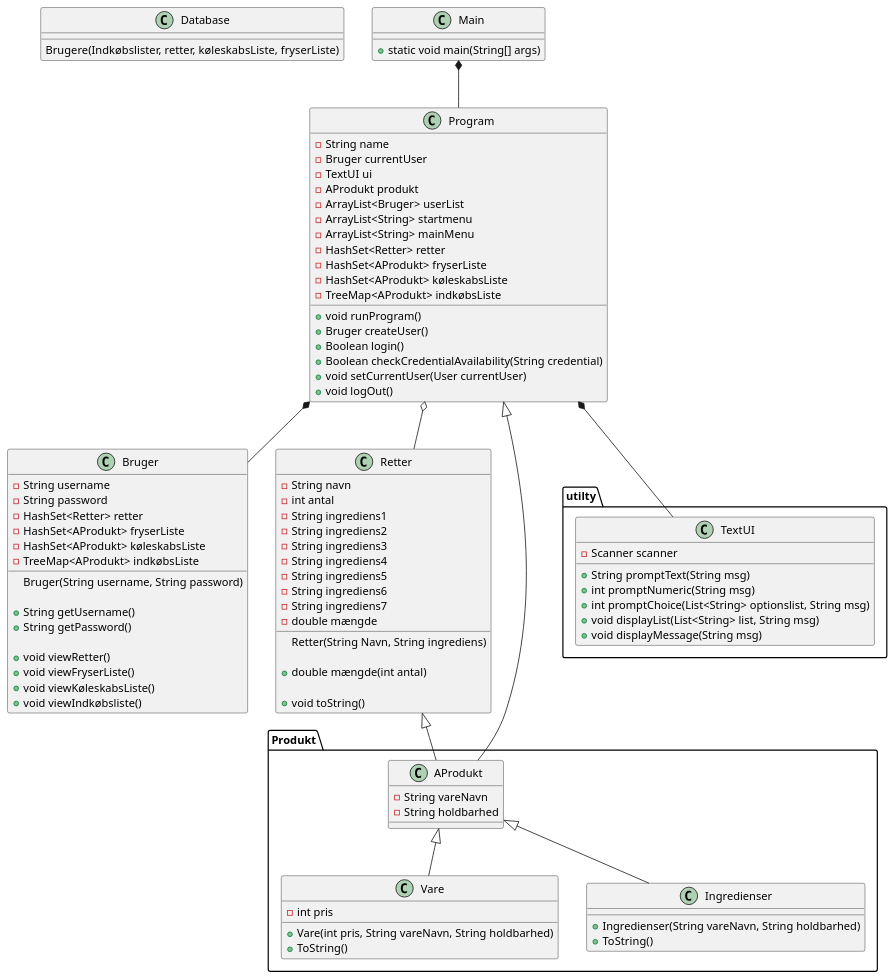
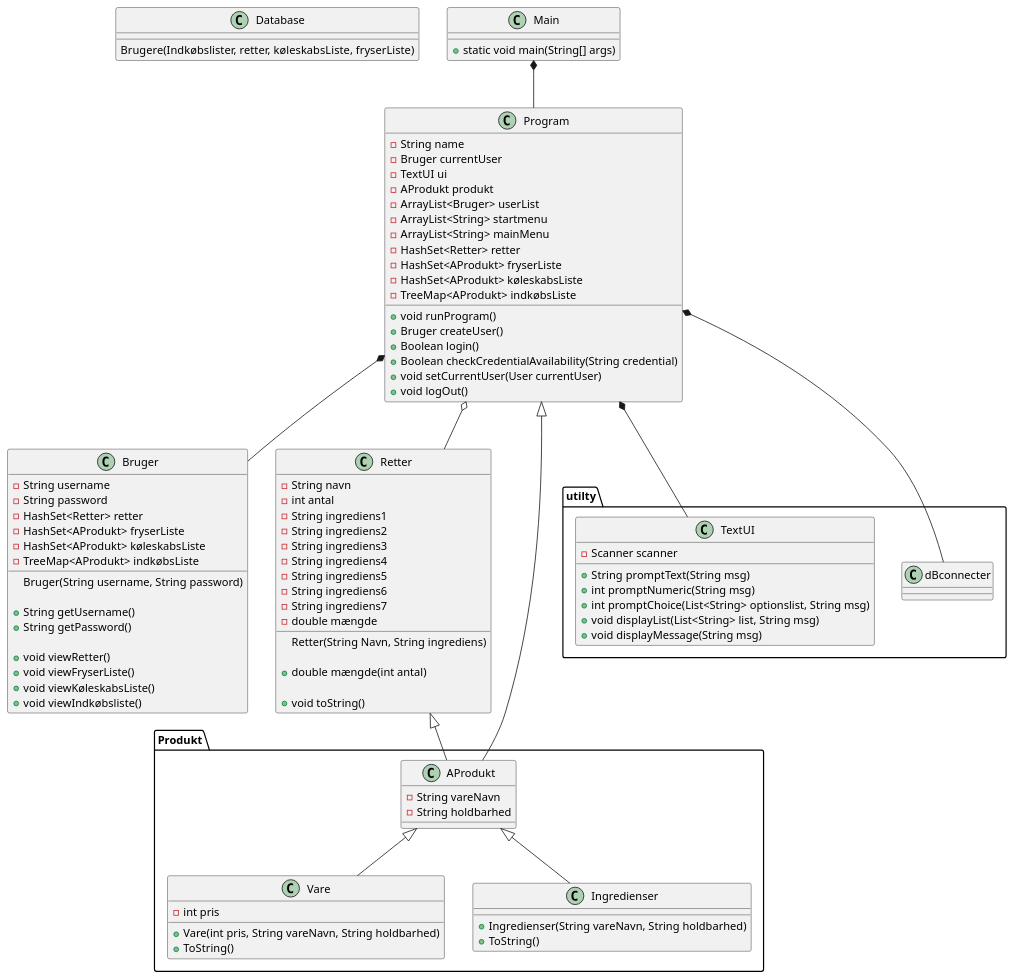
One commit to mrPrimeBeef/1.-Sem-ICE changed the diagram in ICE indkoebsListe/Doc/Static/KlasseDiagram v1.puml. Above: the diagram before and after it, drawn with PlantUML. The commit also changed 2 other files, not shown here.

Commit message:
opdatering af Domæne model og klassdiagram v1

```diff
--- a/ICE indkoebsListe/Doc/Static/KlasseDiagram v1.puml
+++ b/ICE indkoebsListe/Doc/Static/KlasseDiagram v1.puml
@@ -1,155 +1,160 @@
 @startuml
 
 class Database{
 Brugere(Indkøbslister, retter, køleskabsListe, fryserListe)
 }
 
 class Main {
 + static void main(String[] args)
 }
 
 
 
 
 
 class Bruger {
 - String username
 - String password
 - HashSet<Retter> retter
 - HashSet<AProdukt> fryserListe
 - HashSet<AProdukt> køleskabsListe
 - TreeMap<AProdukt> indkøbsListe
 
 Bruger(String username, String password)
 
 + String getUsername()
 + String getPassword()
 
 + void viewRetter()
 + void viewFryserListe()
 + void viewKøleskabsListe()
 + void viewIndkøbsliste()
 }
 
 class Program {
 - String name
 - Bruger currentUser
 - TextUI ui
 - AProdukt produkt
 '- FileIO io
 - ArrayList<Bruger> userList
 -ArrayList<String> startmenu
 -ArrayList<String> mainMenu
 - HashSet<Retter> retter
 - HashSet<AProdukt> fryserListe
 - HashSet<AProdukt> køleskabsListe
 - TreeMap<AProdukt> indkøbsListe
 
 + void runProgram()
 + Bruger createUser()
 + Boolean login()
 + Boolean checkCredentialAvailability(String credential)
 + void setCurrentUser(User currentUser)
 + void logOut()
 }
 
 class Retter{
 - String navn
 - int antal
 - String ingrediens1
 - String ingrediens2
 - String ingrediens3
 - String ingrediens4
 - String ingrediens5
 - String ingrediens6
 - String ingrediens7
 - double mængde
 
 Retter(String Navn, String ingrediens)
 
 + double mængde(int antal)
 
 + void toString()
 
 }
 
 package Produkt {
 class AProdukt{
 - String vareNavn
 - String holdbarhed
 
 }
 
 class Vare{
 - int pris
 + Vare(int pris, String vareNavn, String holdbarhed)
 + ToString()
 }
 
 class Ingredienser{
 + Ingredienser(String vareNavn, String holdbarhed)
 + ToString()
 }
 }
 
 
 package utilty{
 'class FileIO {
 '- ArrayList<Movie> listOfMovies
 '- ArrayList<Series> listOfSeries
 '- String moviePath
 '- String seriePath
 '- String favoritesPath
 '- String watchedPath
 '- String userSavePath
 
 '+ ArrayList<String> readMovieData()
 '+ ArrayList<String> readSerieData()
 '- ArrayList<String> scanFile(String path)
 '+ void saveFavorites(User currentUser, AMedia media)
 '+ void saveWatched(User currentUser, AMedia media)
 '+ void deleteFavorites(String title, User currentUser)
 '- void mediaSaveOrRemove(User currentUser, String title, String path, boolean willRemove)
 '+ String getFavorites(User currentUser)
 '+ String getWatched(User currentUser)
 '- String getMedia(User currentUser, String path)
 '+ void saveUserData(User currentUser)
 '+ ArrayList<User> readUserData()
 '}
 
+class dBconnecter{
+
+}
+
 
 class TextUI {
 - Scanner scanner
 + String promptText(String msg)
 + int promptNumeric(String msg)
 + int promptChoice(List<String> optionslist, String msg)
 + void displayList(List<String> list, String msg)
 + void displayMessage(String msg)
 }
 }
 
 
 Main *-- Program
 Program *-- Bruger
 Program *-- TextUI
+Program *-- dBconnecter
 Program <|-- AProdukt
 
 Retter <|-- AProdukt
 Program o-- Retter
 
 AProdukt <|-- Ingredienser
 AProdukt <|-- Vare
 
 
 
 'https://devhints.io/plantuml
 'Car <|-- SmallCar      # extension
 'Car *-- Engine         # composition
 'Cars o-- Car           # aggregation
 'Car <|.. SmallCar      # dotted line (use .. instead of --)
 'Car <|--* Car
 
 '-left->
 '-right->
 
 @enduml
```
